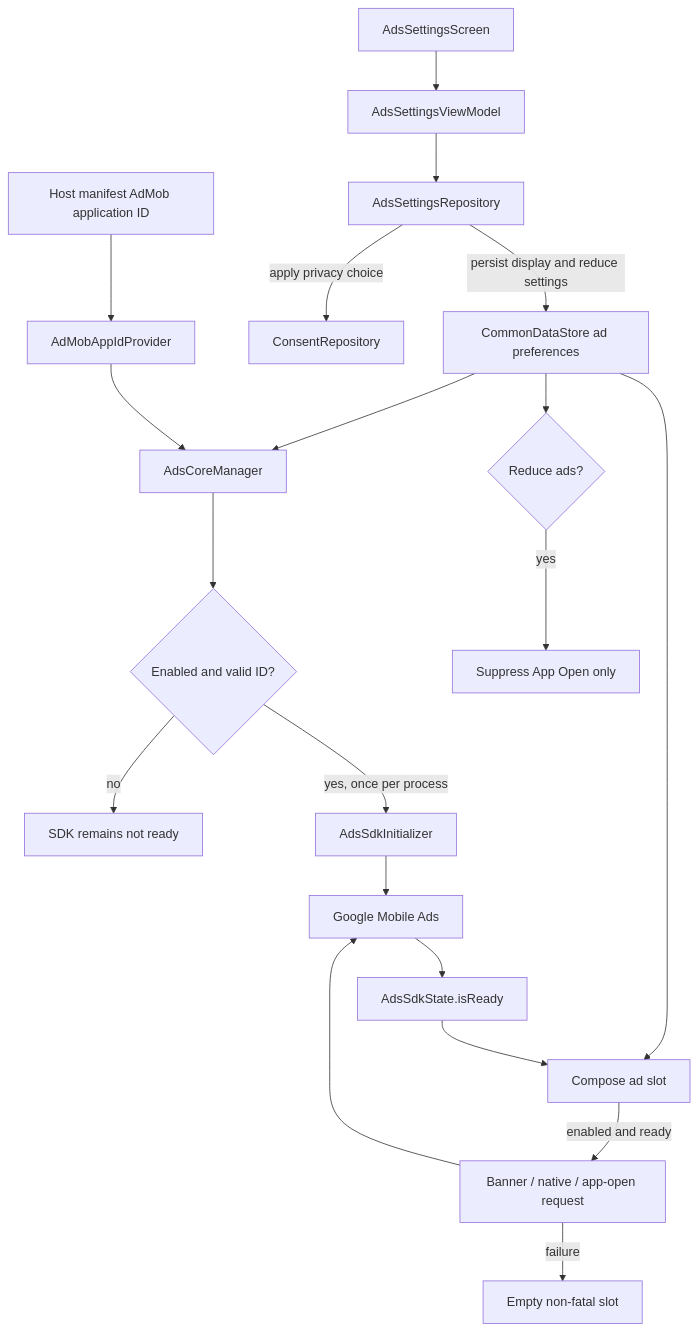
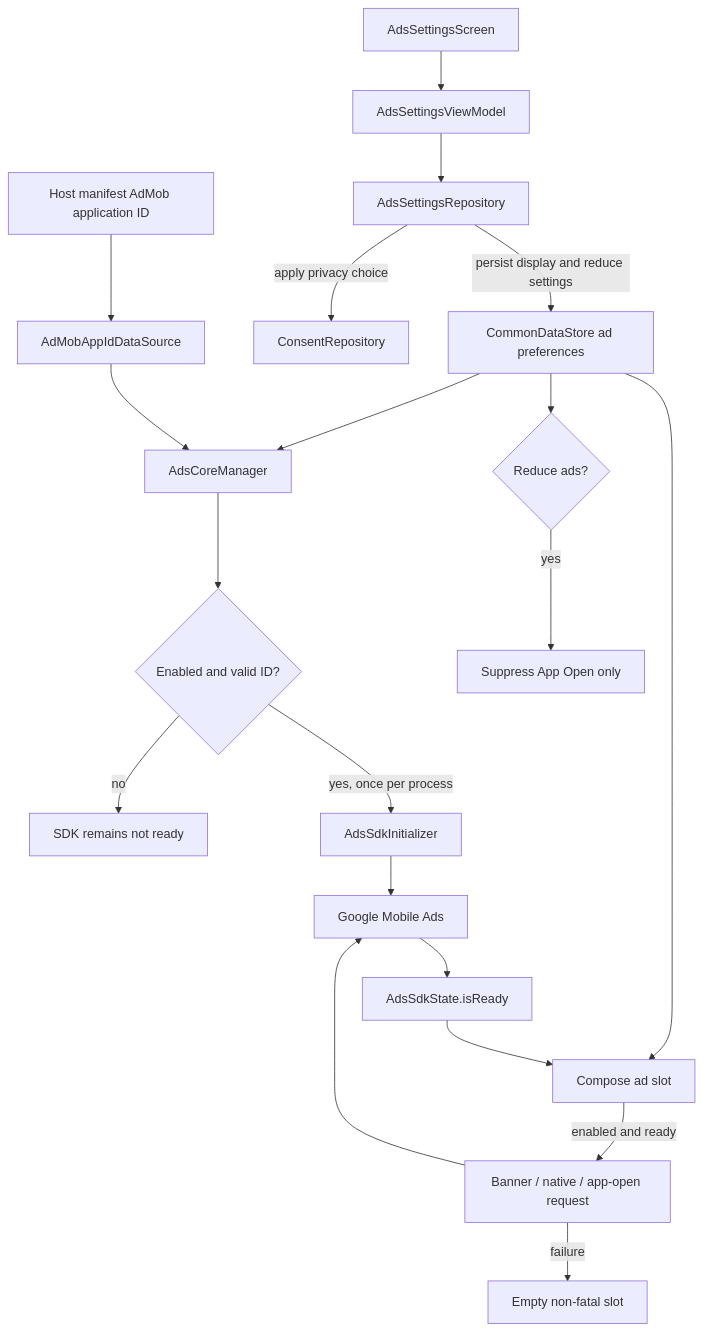
One commit to MihaiCristianCondrea/App-Toolkit-for-Android changed the diagram in library/integration/ads/README.md. Above: the diagram before and after it, drawn with Mermaid. The commit also changed other lines of this file and 135 other files, not shown here.

````diff
--- a/library/integration/ads/README.md
+++ b/library/integration/ads/README.md
@@ -41,22 +42,22 @@
 ```mermaid
 flowchart TD
     Settings[AdsSettingsScreen] --> VM[AdsSettingsViewModel]
     VM --> Repo[AdsSettingsRepository]
     Repo -->|persist display and reduce settings| Store[CommonDataStore ad preferences]
     Repo -->|apply privacy choice| Consent[ConsentRepository]
     Store --> Manager[AdsCoreManager]
-    Manifest[Host manifest AdMob application ID] --> Id[AdMobAppIdProvider]
+    Manifest[Host manifest AdMob application ID] --> Id[AdMobAppIdDataSource]
     Id --> Manager
     Manager --> Gate{Enabled and valid ID?}
     Gate -->|no| Disabled[SDK remains not ready]
     Gate -->|yes, once per process| Initializer[AdsSdkInitializer]
     Initializer --> SDK[Google Mobile Ads]
     SDK --> Ready[AdsSdkState.isReady]
     Store --> Slot[Compose ad slot]
     Ready --> Slot
     Slot -->|enabled and ready| Request[Banner / native / app-open request]
     Request --> SDK
     Request -->|failure| Empty[Empty non-fatal slot]
     Store --> Reduce{Reduce ads?}
     Reduce -->|yes| Suppress[Suppress App Open only]
 ```
````
